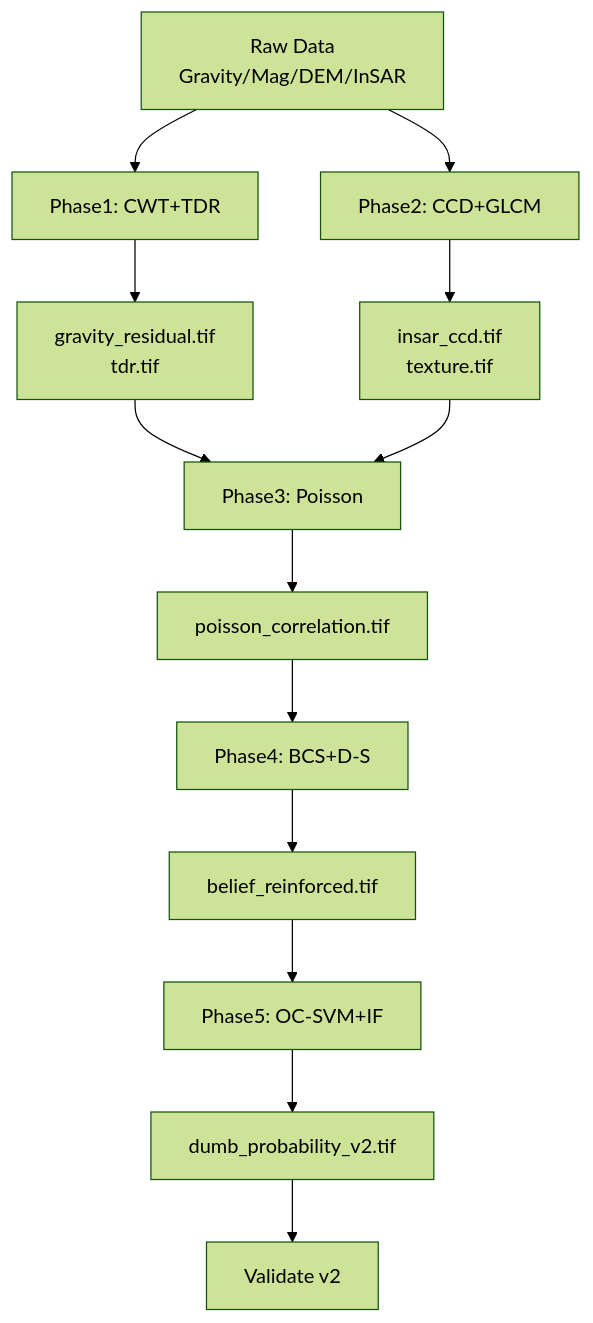
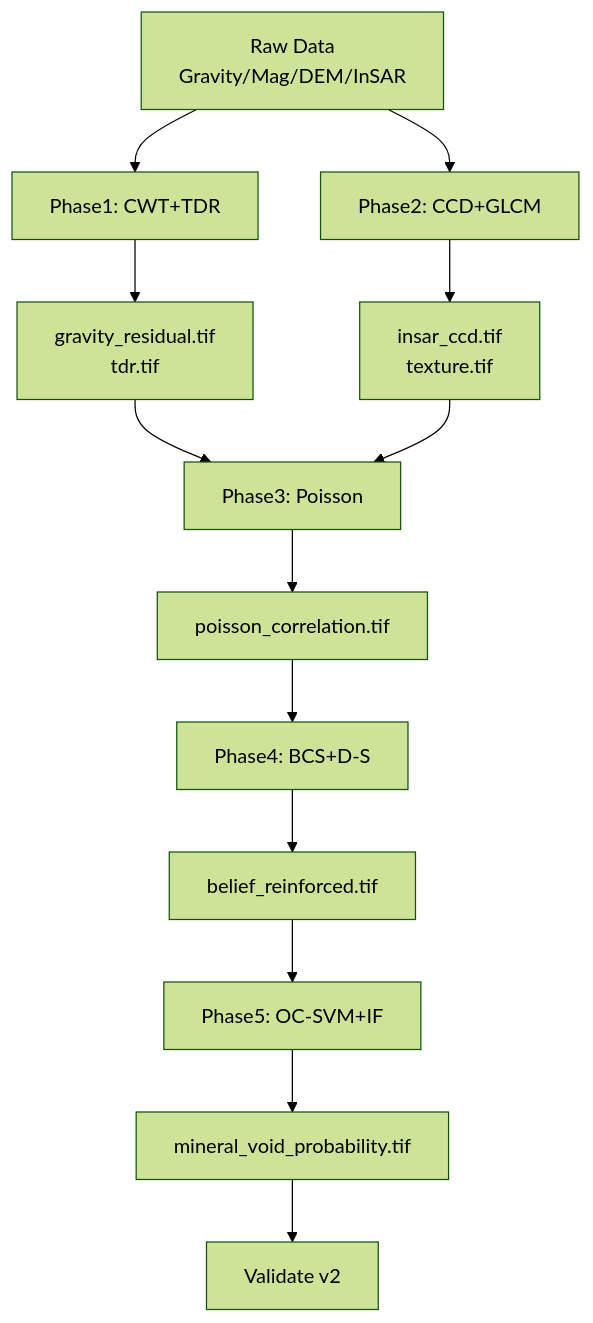
The diagram in ARCHITECTURE_v2.md (Bender1011001/GeoAnomalyMapper), drawn with Mermaid (forest theme) before and after one commit. The commit also changed other lines of this file and 23 other files, not shown here.

````diff
--- a/ARCHITECTURE_v2.md
+++ b/ARCHITECTURE_v2.md
@@ -170,15 +170,15 @@
 ```mermaid
 graph TD
     A[Raw Data<br/>Gravity/Mag/DEM/InSAR] --> B[Phase1: CWT+TDR]
     B --> C[gravity_residual.tif<br/>tdr.tif]
     A --> D[Phase2: CCD+GLCM]
     D --> E[insar_ccd.tif<br/>texture.tif]
     C --> F[Phase3: Poisson]
     E --> F
     F --> G[poisson_correlation.tif]
     G --> H[Phase4: BCS+D-S]
     H --> I[belief_reinforced.tif]
     I --> J[Phase5: OC-SVM+IF]
-    J --> K[dumb_probability_v2.tif]
+    J --> K[mineral_void_probability.tif]
     K --> L[Validate v2]
 ```
````
